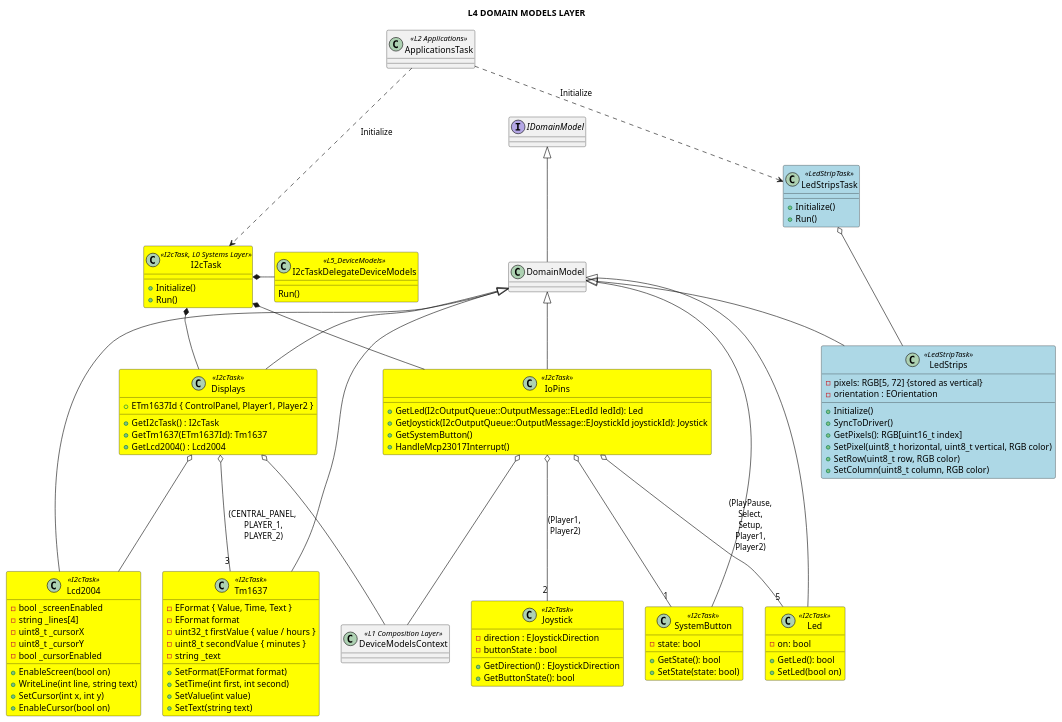
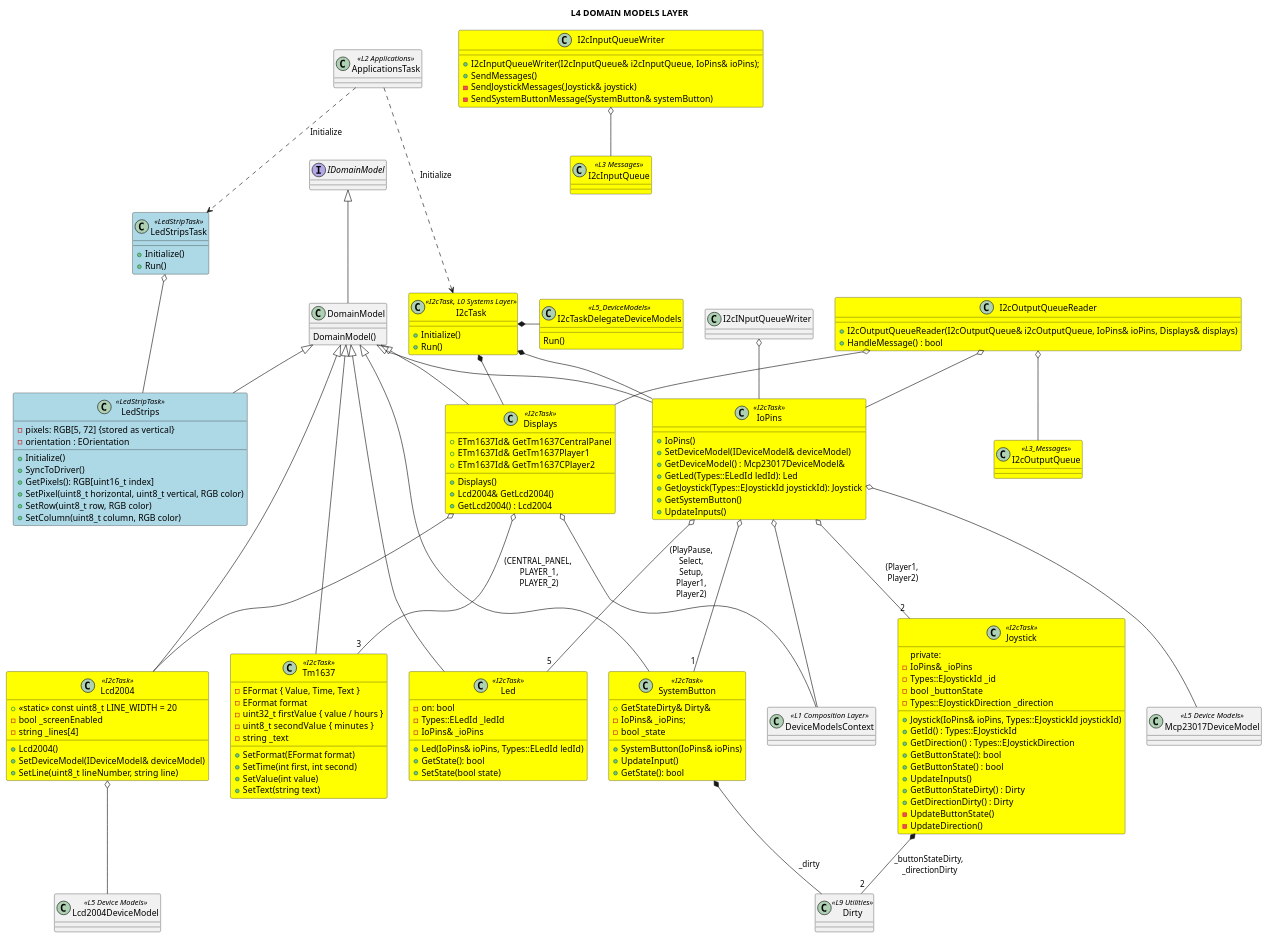
Before and after one commit to michelkeijzers/fraxis: the diagram in Docs/Software Design/Layers/L4_domain_models_layer.puml, drawn with PlantUML. The commit also changed 154 other files, not shown here.

Commit message:
Updated UML diagrams, removed = default, changed -> to refs

```diff
--- a/Docs/Software Design/Layers/L4_domain_models_layer.puml
+++ b/Docs/Software Design/Layers/L4_domain_models_layer.puml
@@ -27,45 +27,76 @@
 
 class DomainModel 
 {
+    DomainModel()
 }
 
 DomainModel -u-|> IDomainModel
 
 class IoPins <<I2cTask>> #yellow
 {
-    + GetLed(I2cOutputQueue::OutputMessage::ELedId ledId): Led
-    + GetJoystick(I2cOutputQueue::OutputMessage::EJoystickId joystickId): Joystick
+    + IoPins()
+    + SetDeviceModel(IDeviceModel& deviceModel)
+    + GetDeviceModel() : Mcp23017DeviceModel&
+    + GetLed(Types::ELedId ledId): Led
+    + GetJoystick(Types::EJoystickId joystickId): Joystick
     + GetSystemButton()
-    + HandleMcp23017Interrupt()
+    + UpdateInputs()
 }
+
+class Mcp23017DeviceModel <<L5 Device Models>>
+IoPins o-- Mcp23017DeviceModel
+
 
 IoPins -u-|> DomainModel
 
 class Joystick  <<I2cTask>> #yellow
 {
-    - direction : EJoystickDirection
-    - buttonState : bool
-    + GetDirection() : EJoystickDirection
+    + Joystick(IoPins& ioPins, Types::EJoystickId joystickId)
+    + GetId() : Types::EJoystickId
+    + GetDirection() : Types::EJoystickDirection
     + GetButtonState(): bool
+    + GetButtonState() : bool
+    + UpdateInputs()
+    + GetButtonStateDirty() : Dirty 
+    + GetDirectionDirty() : Dirty
+
+private:
+    - IoPins& _ioPins
+    - Types::EJoystickId _id
+    - bool _buttonState
+    - Types::EJoystickDirection _direction
+    - UpdateButtonState()
+    - UpdateDirection()
 }
+
+class Dirty <<L9 Utilities>> {}
+
+Joystick *-- "2" Dirty : _buttonStateDirty, \n_directionDirty
 
 IoPins o-- "2" Joystick : (Player1, \nPlayer2)
 
 class SystemButton <<I2cTask>> #yellow
 {
-    - state: bool 
+    + SystemButton(IoPins& ioPins)
+    + UpdateInput()
     + GetState(): bool 
-    + SetState(state: bool) 
+    + GetStateDirty& Dirty&
+    - IoPins& _ioPins;
+    - bool _state
 }
+
+SystemButton *-- Dirty : _dirty
 
 SystemButton -u-|> DomainModel
 IoPins o-- "1" SystemButton 
 
 class Displays <<I2cTask>> #yellow
 {
-    + GetI2cTask() : I2cTask
-    + ETm1637Id { ControlPanel, Player1, Player2 }
-    + GetTm1637(ETm1637Id): Tm1637
+    + Displays()
+    + Lcd2004& GetLcd2004()
+    + ETm1637Id& GetTm1637CentralPanel
+    + ETm1637Id& GetTm1637Player1
+    + ETm1637Id& GetTm1637CPlayer2
     + GetLcd2004() : Lcd2004
 }
 
@@ -74,9 +105,12 @@
 
 class Led <<I2cTask>> #yellow
 {
+    + Led(IoPins& ioPins, Types::ELedId ledId)
     - on: bool
-    + GetLed(): bool
-    + SetLed(bool on)
+    + GetState(): bool
+    + SetState(bool state)
+    - Types::ELedId _ledId
+    - IoPins& _ioPins
 }
 
 Led -u-|> DomainModel
@@ -84,16 +118,16 @@
 
 class Lcd2004 <<I2cTask>> #yellow
 {
+    + Lcd2004()
+    + <<static>> const uint8_t LINE_WIDTH = 20
     - bool _screenEnabled
     - string _lines[4]
-    - uint8_t _cursorX
-    - uint8_t _cursorY
-    - bool _cursorEnabled
-    + EnableScreen(bool on)
-    + WriteLine(int line, string text)
-    + SetCursor(int x, int y)
-    + EnableCursor(bool on)
+    + SetDeviceModel(IDeviceModel& deviceModel)
+    + SetLine(uint8_t lineNumber, string line)
 }
+
+class Lcd2004DeviceModel <<L5 Device Models>>
+Lcd2004 o-- Lcd2004DeviceModel
 
 Lcd2004 -u-|> DomainModel
 Displays o-- Lcd2004
@@ -144,4 +178,30 @@
 LedStrips -u-|> DomainModel
 LedStripsTask o- LedStrips
 
+class I2cOutputQueueReader #yellow
+{
+    + I2cOutputQueueReader(I2cOutputQueue& i2cOutputQueue, IoPins& ioPins, Displays& displays)
+    + HandleMessage() : bool
+}
+
+I2cOutputQueueReader o-- IoPins
+I2cOutputQueueReader o-- Displays
+
+class I2cOutputQueue <<L3_Messages>> #yellow
+
+I2cOutputQueueReader o-- I2cOutputQueue
+
+class I2cInputQueueWriter #yellow
+{
+    + I2cInputQueueWriter(I2cInputQueue& i2cInputQueue, IoPins& ioPins);
+    + SendMessages()
+    - SendJoystickMessages(Joystick& joystick)
+    - SendSystemButtonMessage(SystemButton& systemButton)
+}
+
+class I2cInputQueue <<L3 Messages>> #yellow
+
+I2cInputQueueWriter o-- I2cInputQueue
+I2cINputQueueWriter o-- IoPins
+
 @enduml
```
